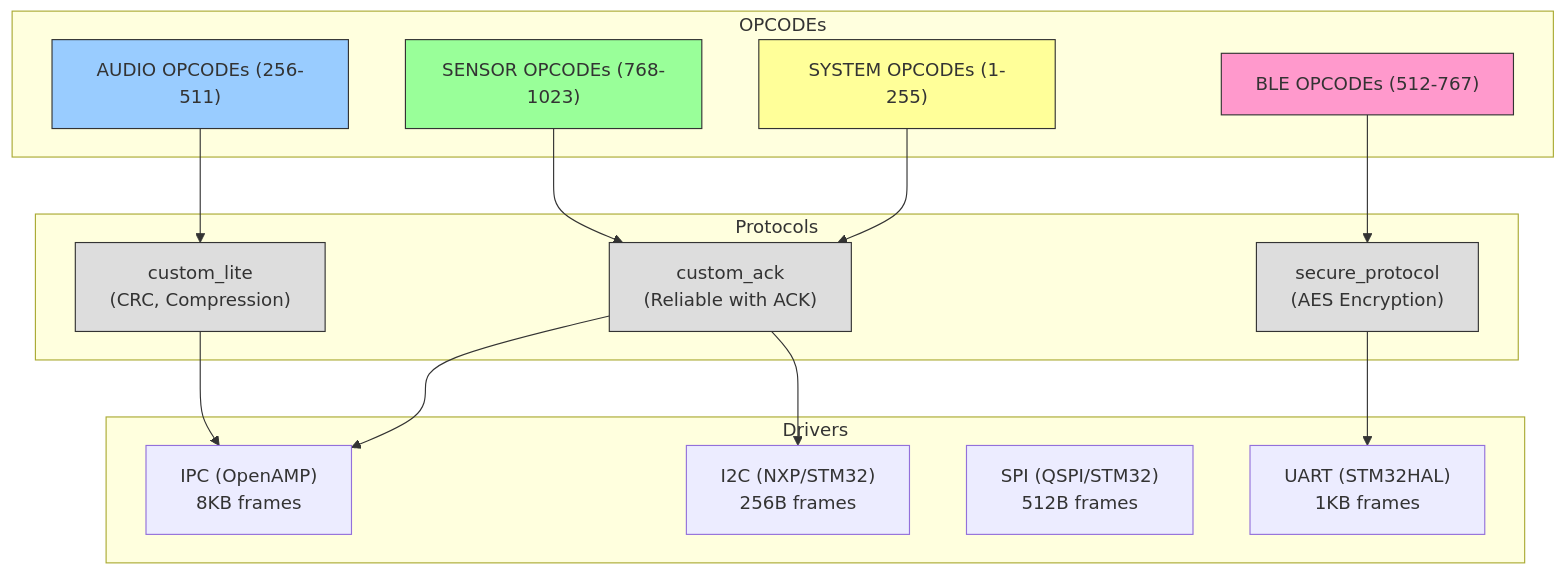
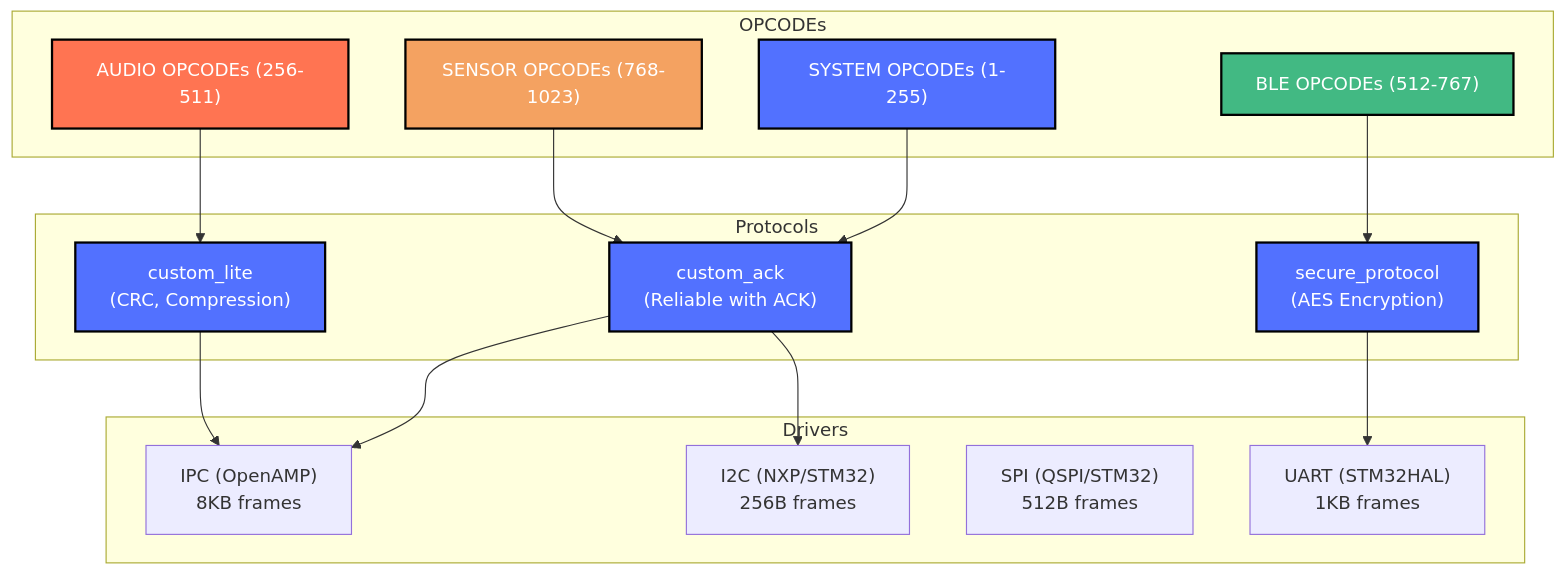
The third of 3 diagrams in docs/2-opcode-messaging-system-config.md (maxim-pain/opcode-messaging-system), drawn with Mermaid before and after one commit. The commit also changed other lines of this file, not shown here.

First line of the commit message:
Update 2-opcode-messaging-system-config.md

````diff
--- a/docs/2-opcode-messaging-system-config.md
+++ b/docs/2-opcode-messaging-system-config.md
@@ -1120,44 +1136,50 @@
 ```mermaid
 graph TD
+
+%% Using high-contrast colors that work well on both dark and light backgrounds
+classDef client fill:#5271ff,stroke:#000000,stroke-width:2px,color:#ffffff
+classDef server fill:#ff7452,stroke:#000000,stroke-width:2px,color:#ffffff
+classDef library fill:#42b983,stroke:#000000,stroke-width:2px,color:#ffffff
+classDef tools fill:#f4a261,stroke:#000000,stroke-width:2px,color:#ffffff
+classDef test fill:#8338ec,stroke:#000000,stroke-width:2px,color:#ffffff
+classDef build fill:#8338ec,stroke:#000000,stroke-width:2px,color:#ffffff
+classDef data fill:#42b983,stroke:#000000,stroke-width:2px,color:#ffffff
+classDef engine fill:#5271ff,stroke:#000000,stroke-width:2px,color:#ffffff
+classDef external fill:#ff7452,stroke:#000000,stroke-width:2px,color:#ffffff
+
     subgraph OPCODEs["OPCODEs"]
         OP_SYS["SYSTEM OPCODEs (1-255)"]
         OP_AUDIO["AUDIO OPCODEs (256-511)"]
         OP_BLE["BLE OPCODEs (512-767)"]
         OP_SENSOR["SENSOR OPCODEs (768-1023)"]
     end
 
     subgraph Protocols["Protocols"]
         PROTO_ACK["custom_ack<br/>(Reliable with ACK)"]
         PROTO_LITE["custom_lite<br/>(CRC, Compression)"]
         PROTO_SEC["secure_protocol<br/>(AES Encryption)"]
     end
 
     subgraph Drivers["Drivers"]
         DRV_IPC["IPC (OpenAMP)<br/>8KB frames"]
         DRV_I2C["I2C (NXP/STM32)<br/>256B frames"]
         DRV_SPI["SPI (QSPI/STM32)<br/>512B frames"]
         DRV_UART["UART (STM32HAL)<br/>1KB frames"]
     end
 
     OP_SYS --> PROTO_ACK
     OP_AUDIO --> PROTO_LITE
     OP_BLE --> PROTO_SEC
     OP_SENSOR --> PROTO_ACK
 
     PROTO_ACK --> DRV_IPC
     PROTO_ACK --> DRV_I2C
     PROTO_LITE --> DRV_IPC
     PROTO_SEC --> DRV_UART
 
-    classDef systemStyle fill:#ff9,stroke:#333
-    classDef audioStyle fill:#9cf,stroke:#333
-    classDef bleStyle fill:#f9c,stroke:#333
-    classDef sensorStyle fill:#9f9,stroke:#333
-    classDef protoStyle fill:#ddd,stroke:#333
-
-    class OP_SYS systemStyle
-    class OP_AUDIO audioStyle
-    class OP_BLE bleStyle
-    class OP_SENSOR sensorStyle
-    class PROTO_ACK,PROTO_LITE,PROTO_SEC protoStyle
+    class OP_SYS client
+    class OP_AUDIO server
+    class OP_BLE library
+    class OP_SENSOR tools
+    class PROTO_ACK,PROTO_LITE,PROTO_SEC engine
 ```
````
